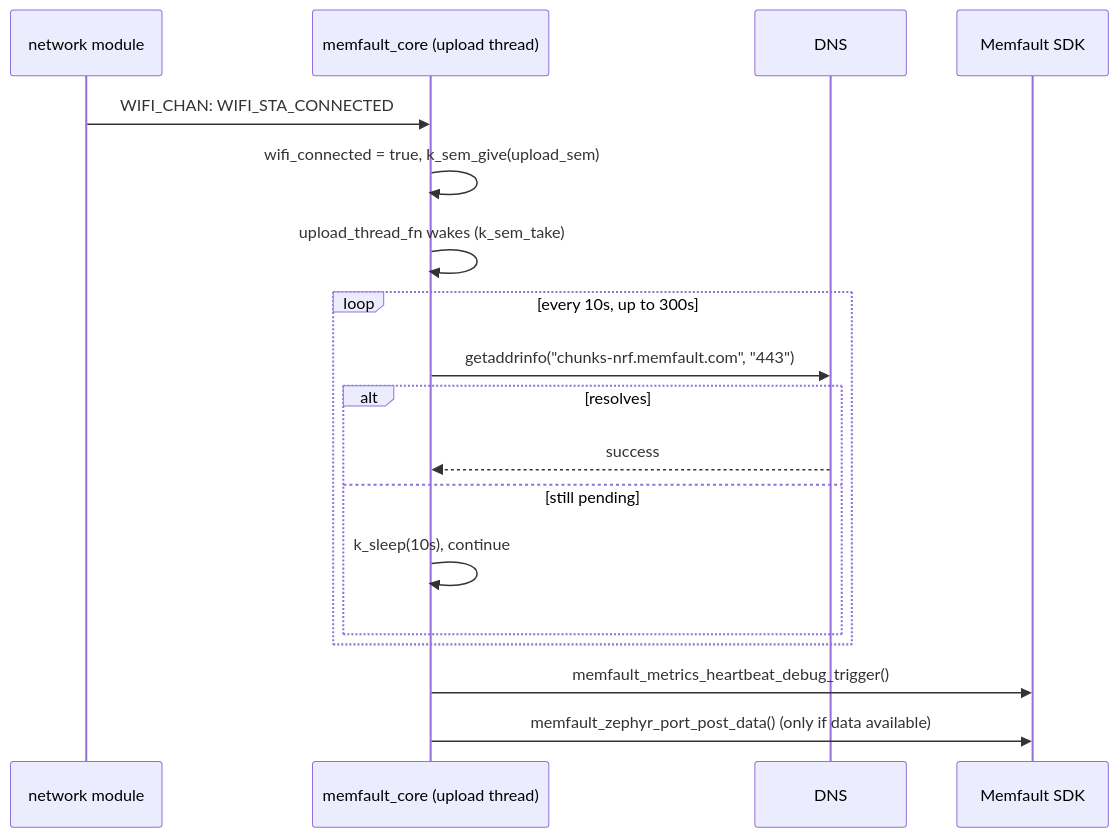
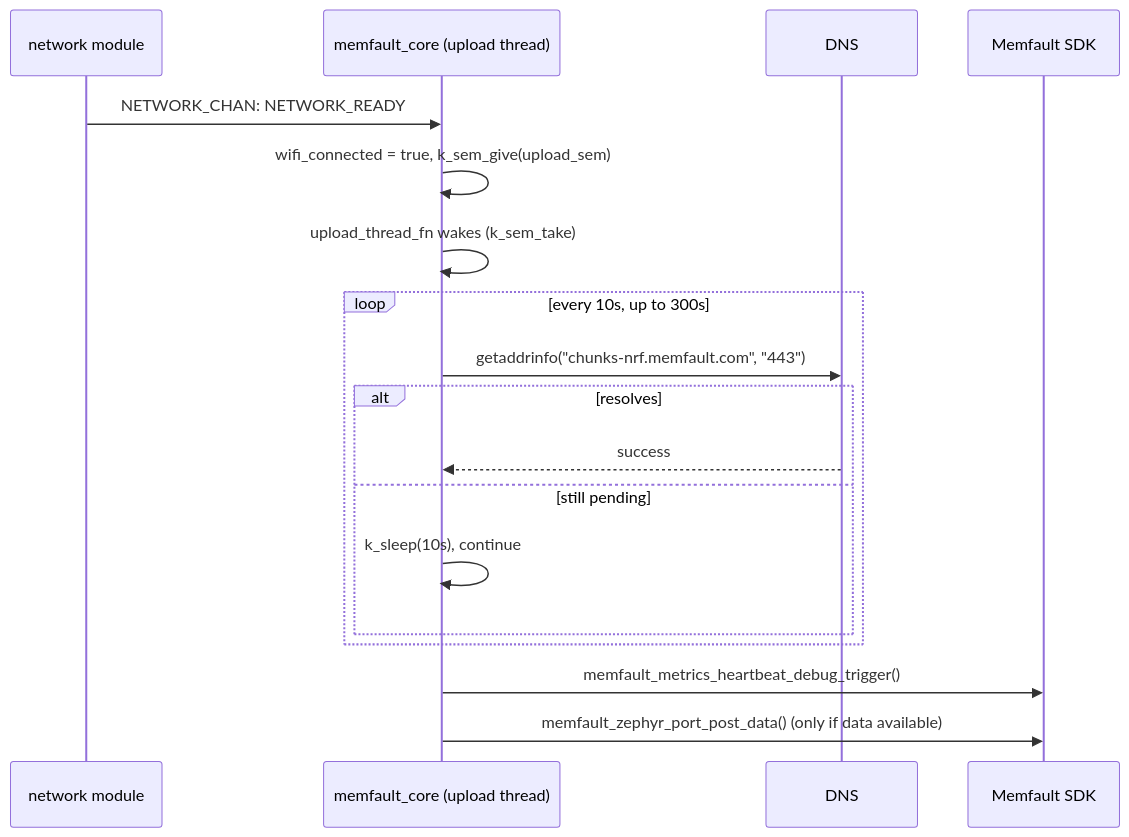
Before and after one commit to chshzh/nordic-wifi-memfault: the diagram in docs/dev-specs/app-memfault-module.md, drawn with Mermaid. The commit also changed other lines of this file and 17 other files, not shown here.

First line of the commit message:
refactor(network): split L2 wifi events from IP-layer network-ready channel

````diff
--- a/docs/dev-specs/app-memfault-module.md
+++ b/docs/dev-specs/app-memfault-module.md
@@ -211,21 +212,21 @@
 ```mermaid
 sequenceDiagram
     participant Network as network module
     participant Core as memfault_core (upload thread)
     participant DNS
     participant SDK as Memfault SDK
 
-    Network->>Core: WIFI_CHAN: WIFI_STA_CONNECTED
+    Network->>Core: NETWORK_CHAN: NETWORK_READY
     Core->>Core: wifi_connected = true, k_sem_give(upload_sem)
     Core->>Core: upload_thread_fn wakes (k_sem_take)
     loop every 10s, up to 300s
         Core->>DNS: getaddrinfo("chunks-nrf.memfault.com", "443")
         alt resolves
             DNS-->>Core: success
         else still pending
             Core->>Core: k_sleep(10s), continue
         end
     end
     Core->>SDK: memfault_metrics_heartbeat_debug_trigger()
     Core->>SDK: memfault_zephyr_port_post_data() (only if data available)
 ```
````
